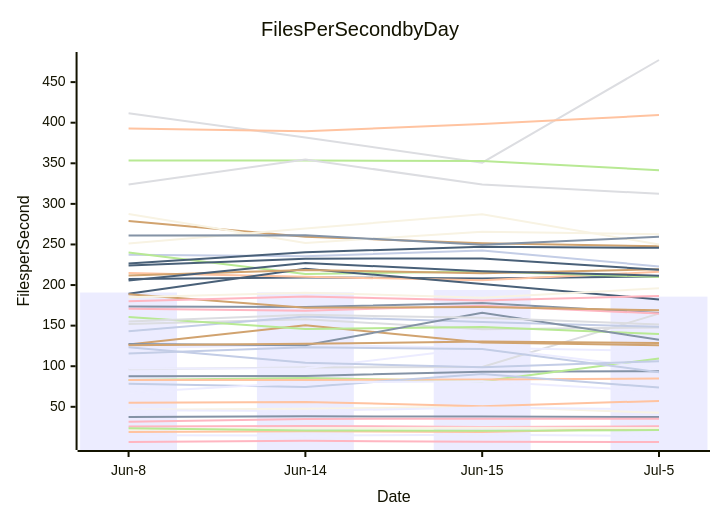
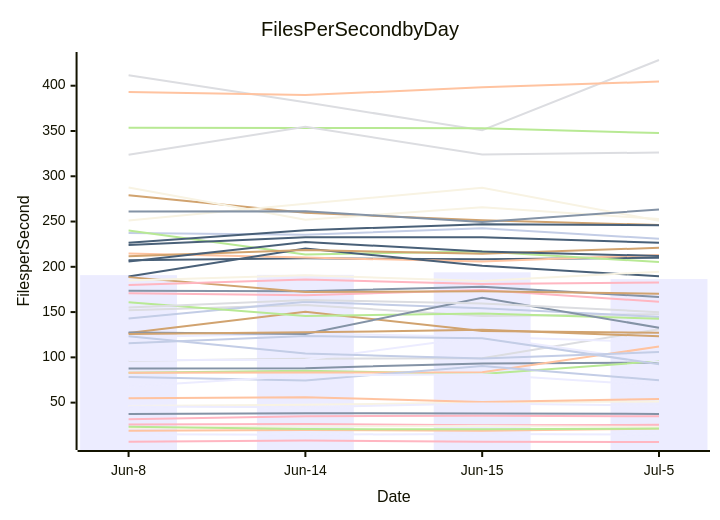
Before and after one commit to kenji-miyake/cspell: the diagram in perf-report.md, drawn with Mermaid. The commit also changed other lines of this file and 2 other files, not shown here.

````diff
--- a/perf-report.md
+++ b/perf-report.md
@@ -11,57 +11,57 @@
 ```mermaid
 xychart-beta
     title Files Per Second by Day
     y-axis Files per Second
     x-axis Date [Jun-8, Jun-14, Jun-15, Jul-5]
-    bar [190.81, 191.12, 193.90, 185.73]
-    line [87.60, 88.07, 93.31, 93.80]
-    line [19.01, 19.91, 18.97, 23.53]
-    line [96.25, 98.55, 99.04, 164.82]
-    line [83.02, 85.34, 81.59, 109.42]
-    line [278.90, 259.60, 251.39, 247.65]
-    line [237.41, 235.41, 242.68, 222.99]
-    line [6.70, 8.24, 6.81, 6.64]
-    line [207.37, 209.33, 208.22, 210.67]
-    line [251.08, 269.77, 287.34, 249.92]
-    line [122.50, 126.17, 122.75, 118.64]
-    line [37.33, 38.26, 38.06, 37.35]
-    line [214.78, 210.20, 205.78, 216.28]
-    line [151.99, 157.77, 145.55, 147.78]
-    line [240.01, 213.64, 216.83, 210.05]
-    line [126.80, 150.40, 129.14, 125.87]
-    line [142.96, 161.35, 154.33, 148.59]
-    line [25.84, 26.48, 25.01, 26.06]
-    line [189.21, 220.12, 201.30, 182.25]
-    line [21.85, 23.82, 24.25, 23.76]
-    line [15.02, 14.65, 15.42, 14.18]
-    line [173.63, 173.03, 177.99, 165.46]
-    line [83.05, 83.17, 83.60, 84.77]
-    line [411.63, 381.64, 350.78, 477.25]
-    line [160.74, 145.81, 148.34, 139.76]
-    line [211.77, 218.65, 214.39, 219.42]
-    line [78.36, 74.53, 90.33, 73.78]
-    line [170.78, 168.46, 174.35, 164.88]
-    line [224.05, 232.54, 232.69, 218.87]
-    line [46.28, 47.54, 50.24, 42.58]
-    line [97.18, 97.48, 122.92, 97.19]
-    line [127.50, 125.76, 165.92, 132.65]
-    line [54.91, 55.98, 50.73, 57.23]
-    line [155.04, 163.34, 159.60, 151.46]
-    line [353.54, 353.38, 352.89, 341.53]
-    line [188.61, 172.10, 172.90, 168.97]
-    line [115.54, 123.50, 121.07, 92.70]
-    line [179.92, 185.95, 181.08, 186.60]
-    line [226.60, 240.44, 247.10, 245.81]
-    line [287.65, 251.95, 265.72, 262.63]
-    line [67.74, 79.92, 81.44, 69.20]
-    line [261.13, 261.42, 249.50, 259.50]
-    line [392.96, 389.62, 398.36, 409.34]
-    line [323.78, 354.69, 323.95, 312.42]
-    line [23.44, 20.77, 20.56, 21.31]
-    line [125.89, 127.61, 130.38, 128.69]
-    line [123.34, 104.15, 98.74, 106.25]
-    line [31.73, 34.98, 35.43, 35.17]
-    line [205.74, 227.27, 217.03, 211.59]
-    line [184.92, 190.66, 184.43, 196.08]
-    line [45.74, 44.93, 49.08, 46.76]
+    bar [190.81, 191.12, 193.90, 186.44]
+    line [87.60, 88.07, 93.31, 94.23]
+    line [19.01, 19.91, 18.97, 21.44]
+    line [96.25, 98.55, 99.04, 131.09]
+    line [83.02, 85.34, 81.59, 95.84]
+    line [278.90, 259.60, 251.39, 246.20]
+    line [237.41, 235.41, 242.68, 230.86]
+    line [6.70, 8.24, 6.81, 6.52]
+    line [207.37, 209.33, 208.22, 210.06]
+    line [251.08, 269.77, 287.34, 250.80]
+    line [122.50, 126.17, 122.75, 116.89]
+    line [37.33, 38.26, 38.06, 37.52]
+    line [214.78, 210.20, 205.78, 213.12]
+    line [151.99, 157.77, 145.55, 147.67]
+    line [240.01, 213.64, 216.83, 205.22]
+    line [126.80, 150.40, 129.14, 127.10]
+    line [142.96, 161.35, 154.33, 144.69]
+    line [25.84, 26.48, 25.01, 25.48]
+    line [189.21, 220.12, 201.30, 189.52]
+    line [21.85, 23.82, 24.25, 23.14]
+    line [15.02, 14.65, 15.42, 14.57]
+    line [173.63, 173.03, 177.99, 166.62]
+    line [83.05, 83.17, 83.60, 111.89]
+    line [411.63, 381.64, 350.78, 428.40]
+    line [160.74, 145.81, 148.34, 142.72]
+    line [211.77, 218.65, 214.39, 221.04]
+    line [78.36, 74.53, 90.33, 74.73]
+    line [170.78, 168.46, 174.35, 161.44]
+    line [224.05, 232.54, 232.69, 226.47]
+    line [46.28, 47.54, 50.24, 51.30]
+    line [97.18, 97.48, 122.92, 95.17]
+    line [127.50, 125.76, 165.92, 132.71]
+    line [54.91, 55.98, 50.73, 54.02]
+    line [155.04, 163.34, 159.60, 149.95]
+    line [353.54, 353.38, 352.89, 347.76]
+    line [188.61, 172.10, 172.90, 170.22]
+    line [115.54, 123.50, 121.07, 92.47]
+    line [179.92, 185.95, 181.08, 182.76]
+    line [226.60, 240.44, 247.10, 246.03]
+    line [287.65, 251.95, 265.72, 252.85]
+    line [67.74, 79.92, 81.44, 68.93]
+    line [261.13, 261.42, 249.50, 263.35]
+    line [392.96, 389.62, 398.36, 404.53]
+    line [323.78, 354.69, 323.95, 326.24]
+    line [23.44, 20.77, 20.56, 21.43]
+    line [125.89, 127.61, 130.38, 123.24]
+    line [123.34, 104.15, 98.74, 105.85]
+    line [31.73, 34.98, 35.43, 34.87]
+    line [205.74, 227.27, 217.03, 211.98]
+    line [184.92, 190.66, 184.43, 194.55]
+    line [45.74, 44.93, 49.08, 46.79]
 ```
````
